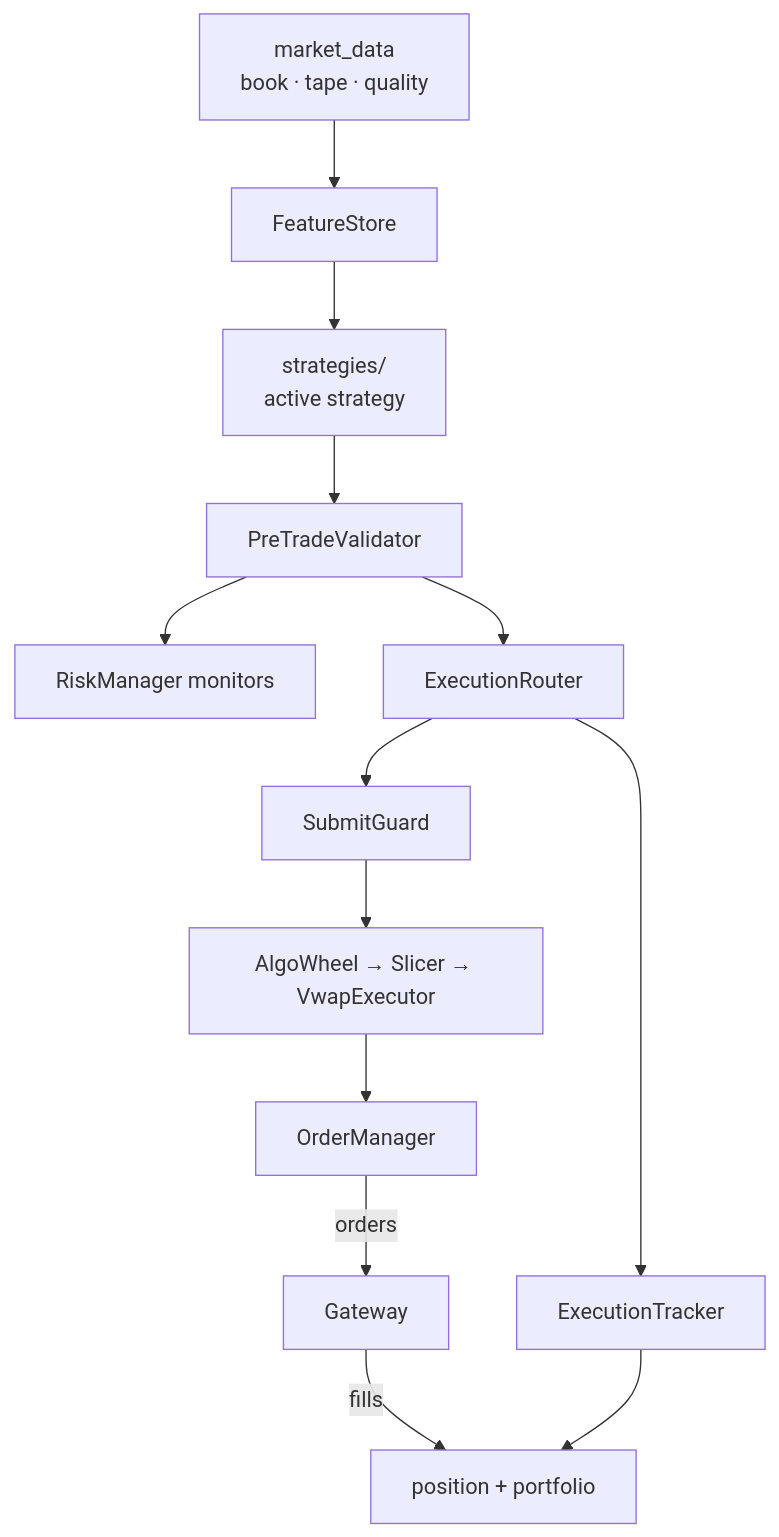
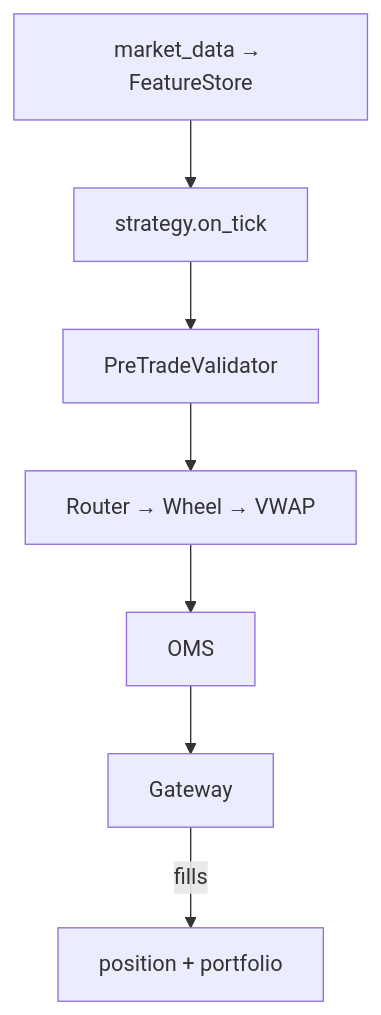
One commit to Zendragon98/algo-trading-hub changed the third of 8 diagrams in backend/README.md. Above: the diagram before and after it, drawn with Mermaid. The commit also changed other lines of this file and 18 other files, not shown here.

````diff
--- a/backend/README.md
+++ b/backend/README.md
@@ -66,22 +104,7 @@
 ```mermaid
 flowchart TB
-    MD[market_data<br/>book · tape · quality]
-    FS[FeatureStore]
-    ST[strategies/<br/>active strategy]
-    PT[PreTradeValidator]
-    RM[RiskManager monitors]
-    RT[ExecutionRouter]
-    SG[SubmitGuard]
-    WH[AlgoWheel → Slicer → VwapExecutor]
-    OMS[OrderManager]
-    TRK[ExecutionTracker]
-    POS[position + portfolio]
-
-    MD --> FS --> ST --> PT --> RT
-    PT --> RM
-    RT --> SG --> WH --> OMS
-    RT --> TRK
-    OMS -->|orders| GW[Gateway]
-    GW -->|fills| POS
-    TRK --> POS
+    MD[market_data → FeatureStore] --> C[strategy.on_tick]
+    C --> PRE[PreTradeValidator] --> RT[Router → Wheel → VWAP]
+    RT --> OMS --> GW[Gateway]
+    GW -->|fills| POS[position + portfolio]
 ```
````
